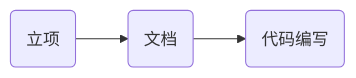
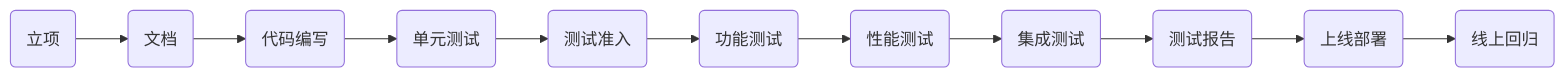
One commit to GregoryShen/00-Python changed the first of 2 diagrams in 017 面试题/百度资深工程师 全方位讲解测试面试.md. Above: the diagram before and after it, drawn with Mermaid. The commit also changed other lines of this file, not shown here.

````diff
--- a/017 面试题/百度资深工程师 全方位讲解测试面试.md
+++ b/017 面试题/百度资深工程师 全方位讲解测试面试.md
@@ -1042,5 +1055,13 @@
 ```mermaid
 graph LR
 A(立项) -->B(文档)
 B --> C(代码编写)
+C --> D(单元测试)
+D --> E(测试准入)
+E --> F(功能测试)
+F --> G(性能测试)
+G --> H(集成测试)
+H --> I(测试报告)
+I --> J(上线部署)
+J --> K(线上回归)
 ```
````
